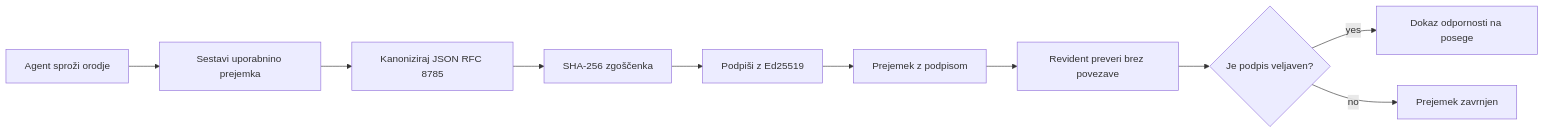
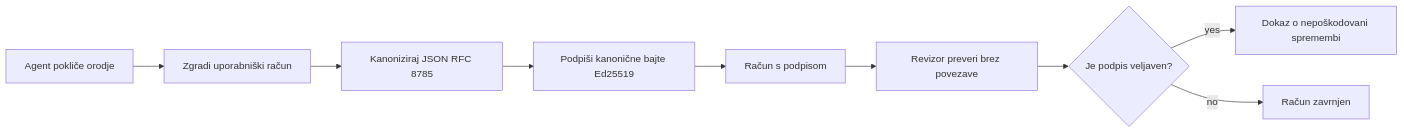
The first of 2 diagrams in mirrors/repos/microsoft@ai-agents-for-beginners/translations/sl/18-securing-ai-agents/README.md (gabrielmoreira/agent-skills-mirror), drawn with Mermaid before and after one commit. The commit also changed other lines of this file and 4262 other files, not shown here.

````diff
--- a/mirrors/repos/microsoft@ai-agents-for-beginners/translations/sl/18-securing-ai-agents/README.md
+++ b/mirrors/repos/microsoft@ai-agents-for-beginners/translations/sl/18-securing-ai-agents/README.md
@@ -51,12 +51,11 @@
 ```mermaid
 flowchart LR
-    A[Agent sproži orodje] --> B[Sestavi uporabnino prejemka]
+    A[Agent pokliče orodje] --> B[Zgradi uporabniški račun]
     B --> C[Kanoniziraj JSON RFC 8785]
-    C --> D[SHA-256 zgoščenka]
-    D --> E[Podpiši z Ed25519]
-    E --> F[Prejemek z podpisom]
-    F --> G[Revident preveri brez povezave]
+    C --> E[Podpiši kanonične bajte Ed25519]
+    E --> F[Račun s podpisom]
+    F --> G[Revizor preveri brez povezave]
     G --> H{Je podpis veljaven?}
-    H -- yes --> I[Dokaz odpornosti na posege]
-    H -- no --> J[Prejemek zavrnjen]
+    H -- yes --> I[Dokaz o nepoškodovani spremembi]
+    H -- no --> J[Račun zavrnjen]
 ```
````
